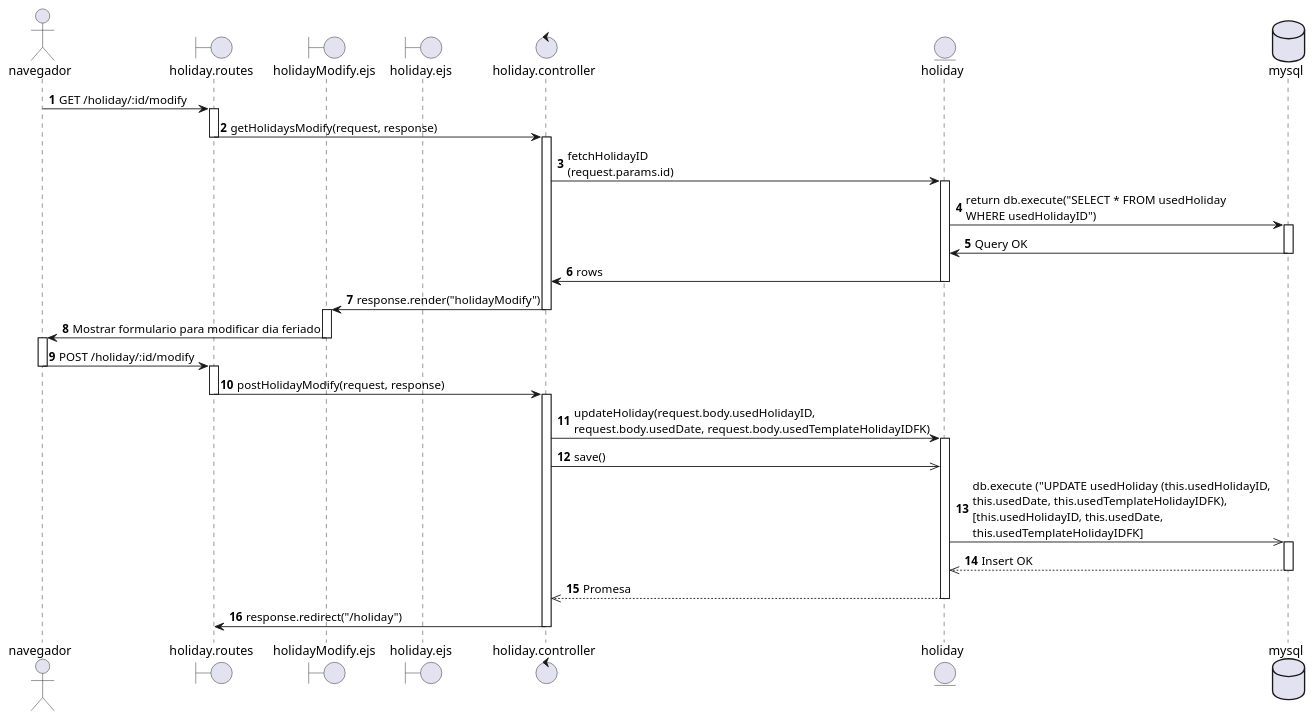
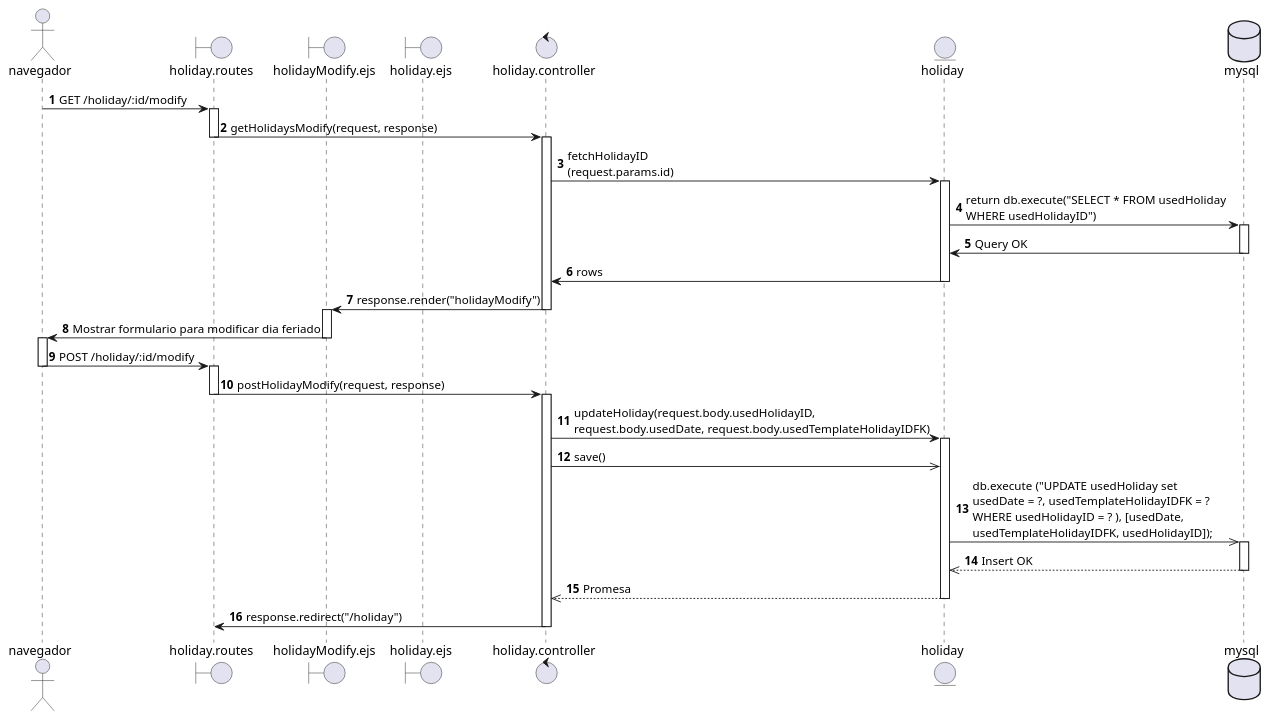
One commit to EdCanCe/WorkCells changed the diagram in diagrams/Casos de Uso/CU Emilio/DS/CU30.puml. Above: the diagram before and after it, drawn with PlantUML. The commit also changed 2 other files, not shown here.

Commit message:
Correccion diagramas de secuencia del CU21, CU28 y CU30

```diff
--- a/diagrams/Casos de Uso/CU Emilio/DS/CU30.puml
+++ b/diagrams/Casos de Uso/CU Emilio/DS/CU30.puml
@@ -1,60 +1,60 @@
 @startuml CU30 - Superadmin modifica dia feriado
 actor navegador
 boundary holiday.routes
 boundary holidayModify.ejs
 boundary holiday.ejs
 control holiday.controller
 entity holiday
 database mysql
 
 autonumber
 navegador -> holiday.routes : GET /holiday/:id/modify
 activate holiday.routes
 
 holiday.routes -> holiday.controller: getHolidaysModify(request, response)
 deactivate holiday.routes
 activate holiday.controller
 
 holiday.controller -> holiday: fetchHolidayID \n(request.params.id)
 activate holiday
 
 holiday -> mysql: return db.execute("SELECT * FROM usedHoliday \nWHERE usedHolidayID")
 activate mysql
 mysql -> holiday: Query OK
 deactivate mysql
 
 holiday -> holiday.controller: rows
 deactivate holiday
 
 holiday.controller -> holidayModify.ejs: response.render("holidayModify")
 deactivate holiday.controller
 activate holidayModify.ejs
 
 holidayModify.ejs -> navegador : Mostrar formulario para modificar dia feriado
 deactivate holidayModify.ejs
 activate navegador
 
 navegador -> holiday.routes : POST /holiday/:id/modify
 deactivate navegador
 activate holiday.routes
 
 holiday.routes -> holiday.controller : postHolidayModify(request, response)
 deactivate holiday.routes
 activate holiday.controller
 
 holiday.controller -> holiday : updateHoliday(request.body.usedHolidayID, \nrequest.body.usedDate, request.body.usedTemplateHolidayIDFK)
 activate holiday
 
 holiday.controller ->> holiday : save()
 
-holiday ->> mysql : db.execute ("UPDATE usedHoliday (this.usedHolidayID, \nthis.usedDate, this.usedTemplateHolidayIDFK), \n[this.usedHolidayID, this.usedDate, \nthis.usedTemplateHolidayIDFK]
+holiday ->> mysql : db.execute ("UPDATE usedHoliday set \nusedDate = ?, usedTemplateHolidayIDFK = ? \nWHERE usedHolidayID = ? ), [usedDate, \nusedTemplateHolidayIDFK, usedHolidayID]);
 activate mysql
 mysql -->> holiday : Insert OK
 deactivate mysql
 holiday -->> holiday.controller : Promesa
 deactivate holiday
 
 holiday.controller -> holiday.routes : response.redirect("/holiday")
 deactivate holiday.controller
 
 @enduml
```
